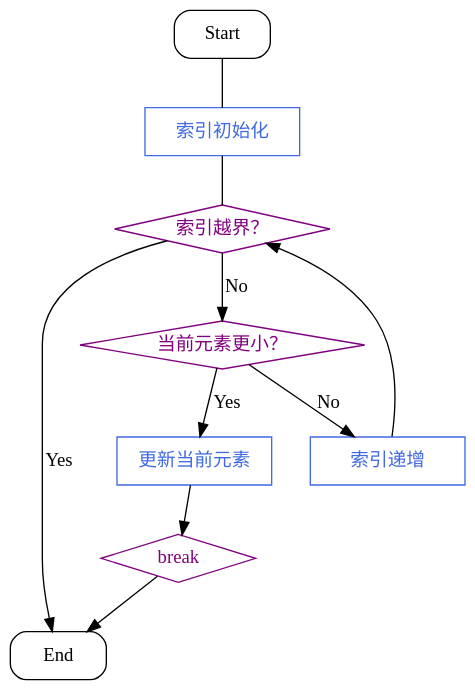
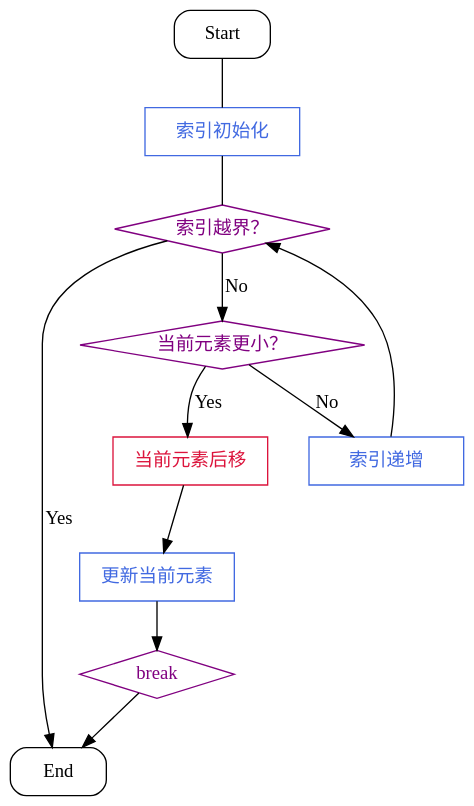
One commit to Gyoudmon/advent-of-code changed the diagram in village/flowchart/update_max_calories.gv. Above: the diagram before and after it, drawn with Graphviz. The commit also changed 15 other files, not shown here.

```diff
--- a/village/flowchart/update_max_calories.gv
+++ b/village/flowchart/update_max_calories.gv
@@ -1,35 +1,36 @@
 digraph UpdateMaxCalories {
     # label = "Update Maximum Calories";
     bgcolor = transparent;
 
     /* special nodes */
     node [ shape = box, width = 1, height = 0.5 ];
     Start, End [ style = rounded ];
 
     /* conditional nodes */
     node [ shape = diamond, width = 1.618, color = purple, fontcolor = purple ]; 
     loop_start [ label = "索引越界？" ];   
     compare [ label = "当前元素更小？" ];
     break [ label = "break" ];
 
     /* variable-related nodes */
     node [ shape = rect, color = royalblue, fontcolor = royalblue ];
     initialize [ label = "索引初始化" ];
     update_index [ label = "索引递增" ];
+    shift_calories [ label = "当前元素后移", color = Crimson, fontcolor = Crimson];
     update_max_calorie [ label = "更新当前元素" ];
     
     /* Edges */
     Start -> initialize -> loop_start [ arrowhead = none ];
     loop_start -> End [ label = "Yes" ];
     loop_start -> compare [ label = "No" ];
     
     subgraph {
-        compare -> update_max_calorie [ label = "Yes"];
-        update_max_calorie -> break -> End;
+        compare -> shift_calories [ label = "Yes"];
+        shift_calories -> update_max_calorie -> break -> End;
     }
 
     subgraph {
         compare -> update_index [ label = "No" ];
         update_index -> loop_start;
     }
 }
```
